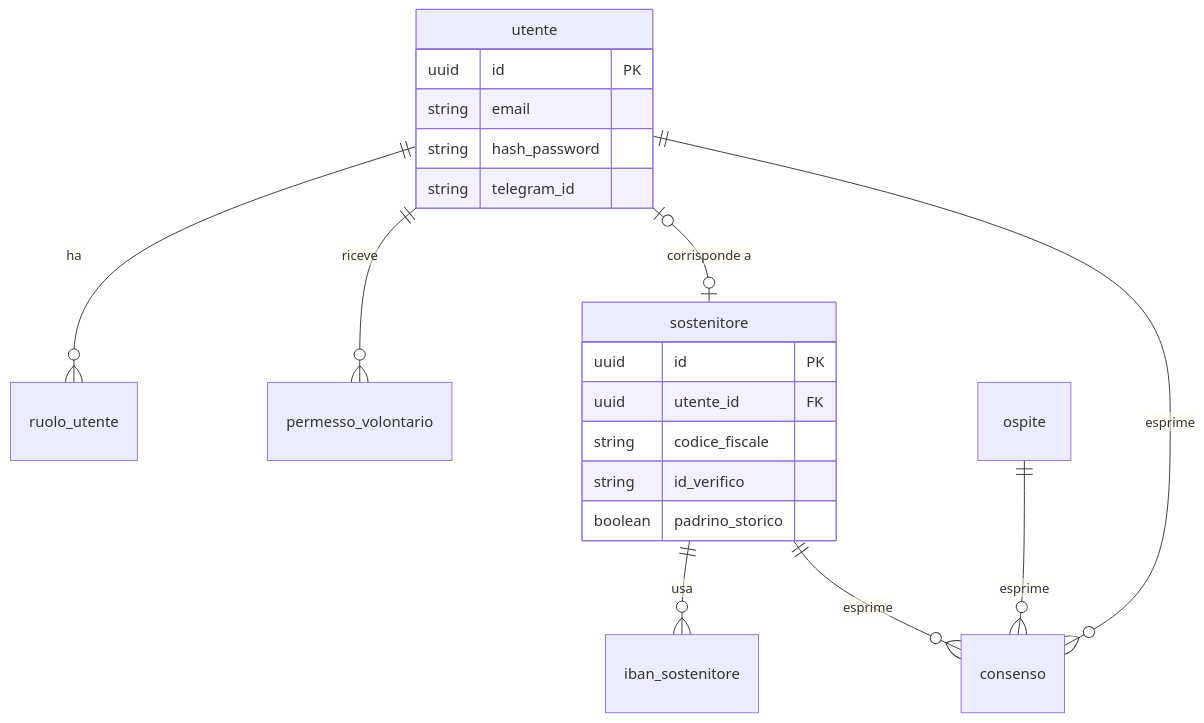
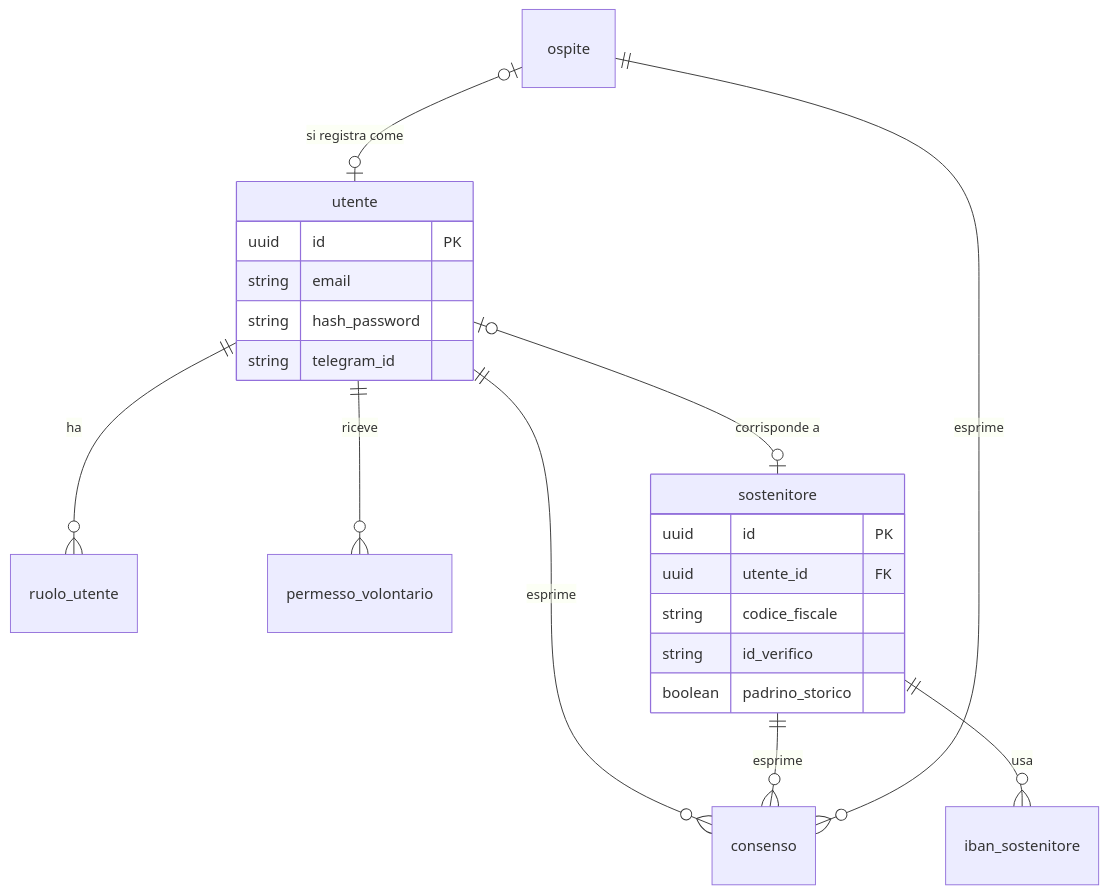
One commit to pimpy67/Gestionale-Effat---Piattaforma-Sostenitori-e-Automazione-Contabile changed the second of 5 diagrams in docs/PRD.md. Above: the diagram before and after it, drawn with Mermaid. The commit also changed other lines of this file and 2 other files, not shown here.

````diff
--- a/docs/PRD.md
+++ b/docs/PRD.md
@@ -1415,23 +1433,24 @@
 ```mermaid
 erDiagram
   utente ||--o{ ruolo_utente : ha
   utente ||--o{ permesso_volontario : riceve
   utente |o--o| sostenitore : "corrisponde a"
   utente ||--o{ consenso : esprime
   sostenitore ||--o{ iban_sostenitore : usa
   sostenitore ||--o{ consenso : esprime
   ospite ||--o{ consenso : esprime
+  ospite |o--o| utente : "si registra come"
   utente {
     uuid id PK
     string email
     string hash_password
     string telegram_id
   }
   sostenitore {
     uuid id PK
     uuid utente_id FK
     string codice_fiscale
     string id_verifico
     boolean padrino_storico
   }
 ```
````
